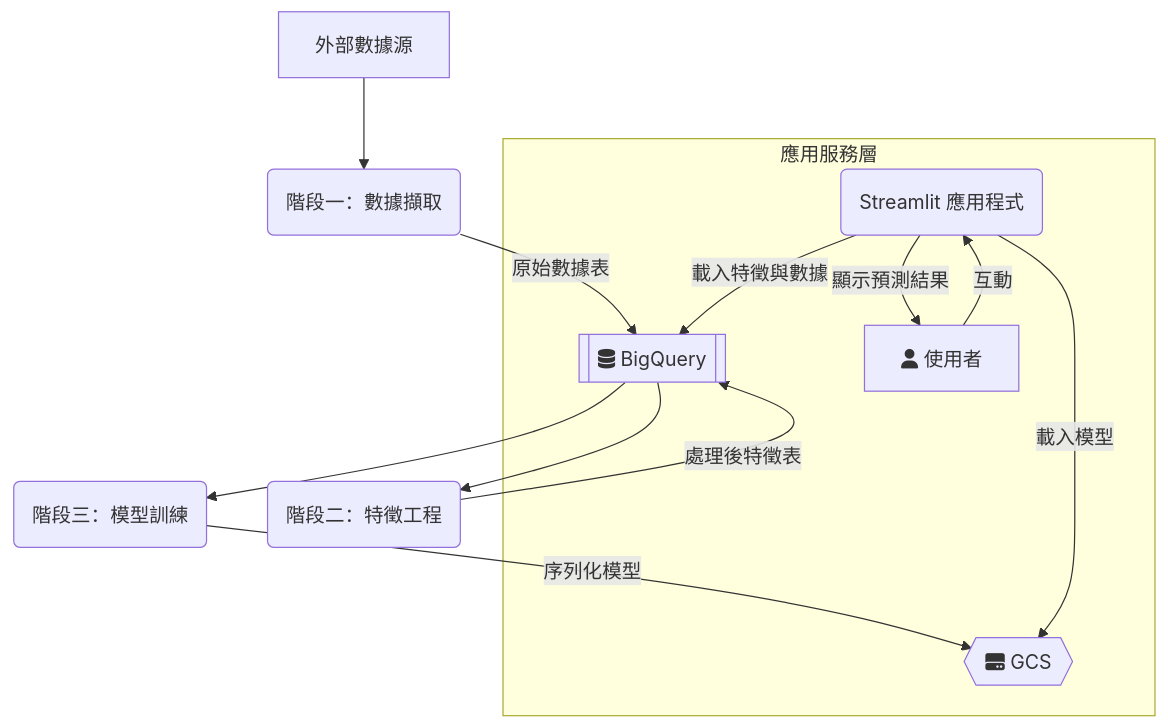
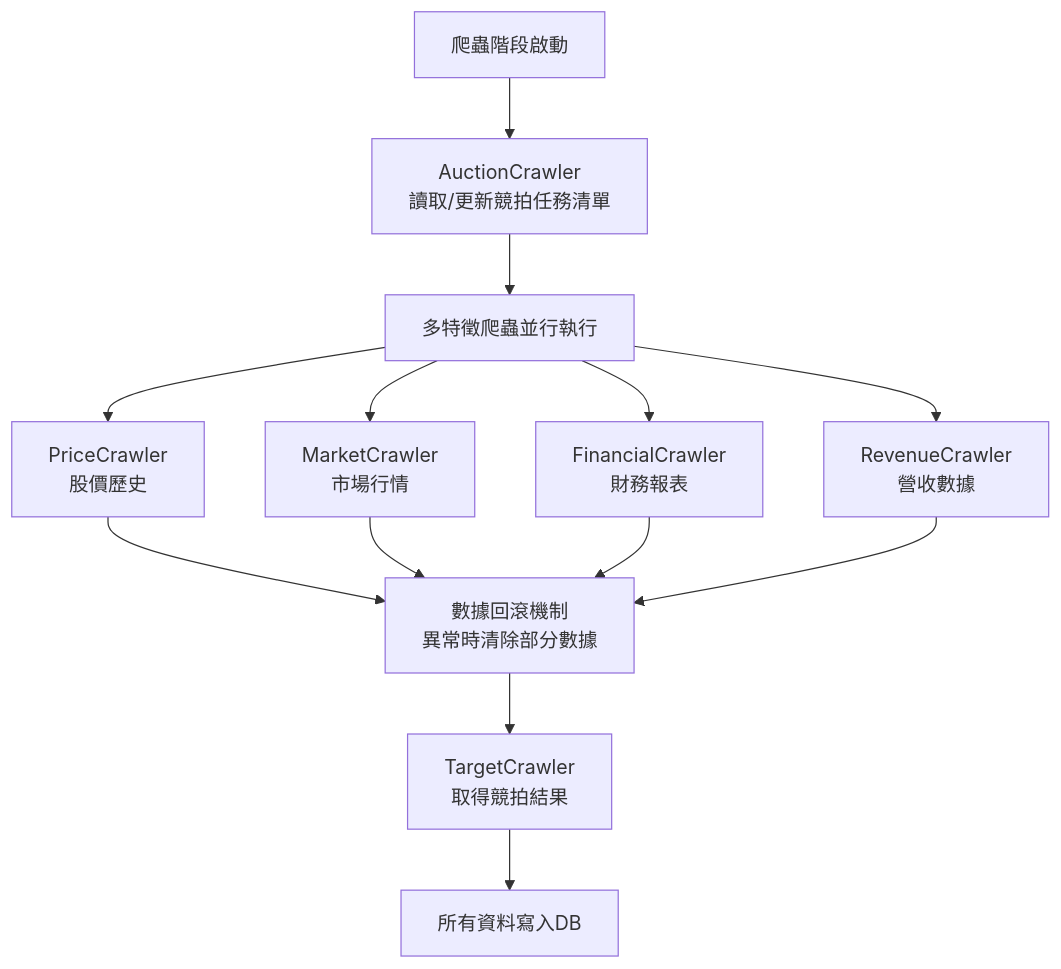
Before and after one commit to aeoner000/Smart-Bid-Evaluator_TWstock: the second of 6 diagrams in README.md, drawn with Mermaid. The commit also changed other lines of this file and 1 other file, not shown here.

````diff
--- a/README.md
+++ b/README.md
@@ -13,15 +40,18 @@
 ```mermaid
 graph TD
-    A[外部數據源] --> B(階段一：數據擷取);
-    B -- 原始數據表 --> C[[fa:fa-database BigQuery]];
-    C --> D(階段二：特徵工程);
-    D -- 處理後特徵表 --> C;
-    C --> E(階段三：模型訓練);
-    E -- 序列化模型 --> F{{fa:fa-hdd GCS}};
-    subgraph 應用服務層
-        G(Streamlit 應用程式) -- 載入模型 --> F;
-        G -- 載入特徵與數據 --> C;
-        H[fa:fa-user 使用者] -- 互動 --> G;
-        G -- 顯示預測結果 --> H;
-    end
+    A["爬蟲階段啟動"] --> B["AuctionCrawler<br/>讀取/更新競拍任務清單"]
+    B --> C["多特徵爬蟲並行執行"]
+    
+    C --> D["PriceCrawler<br/>股價歷史"]
+    C --> E["MarketCrawler<br/>市場行情"]
+    C --> F["FinancialCrawler<br/>財務報表"]
+    C --> G["RevenueCrawler<br/>營收數據"]
+    
+    D --> H["數據回滾機制<br/>異常時清除部分數據"]
+    E --> H
+    F --> H
+    G --> H
+    
+    H --> I["TargetCrawler<br/>取得競拍結果"]
+    I --> J["所有資料寫入DB"]
 ```
````
